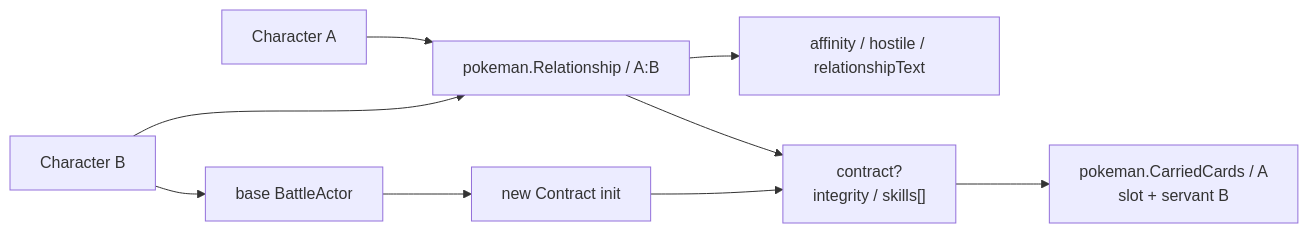
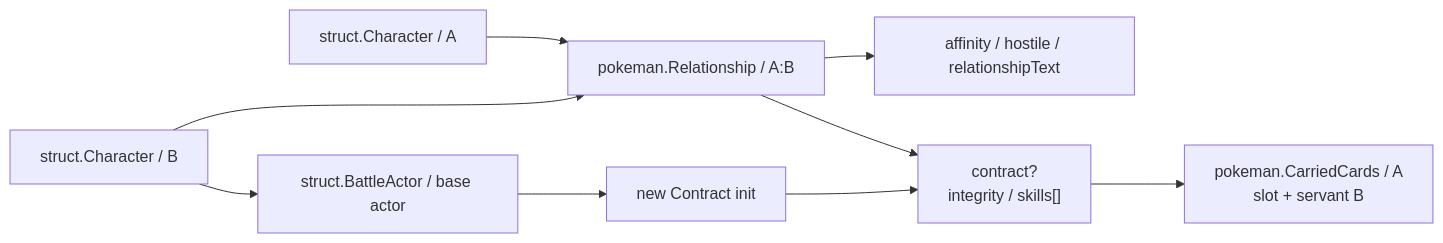
One commit to lithdoo/loom-realm changed the eighth of 11 diagrams in examples/PokeMan/doc/65-data-model-diagram.md. Above: the diagram before and after it, drawn with Mermaid. The commit also changed other lines of this file, not shown here.

Commit message:
docs(PokeMan): sync data model diagram

````diff
--- a/examples/PokeMan/doc/65-data-model-diagram.md
+++ b/examples/PokeMan/doc/65-data-model-diagram.md
@@ -201,11 +221,11 @@
 ```mermaid
 flowchart LR
-  A["Character A"] --> Rel["pokeman.Relationship / A:B"]
-  B["Character B"] --> Rel
+  A["struct.Character / A"] --> Rel["pokeman.Relationship / A:B"]
+  B["struct.Character / B"] --> Rel
   Rel --> Affinity["affinity / hostile / relationshipText"]
   Rel --> Contract["contract?\nintegrity / skills[]"]
   Contract --> Carried["pokeman.CarriedCards / A\nslot + servant B"]
-  B --> BaseActor["base BattleActor"]
+  B --> BaseActor["struct.BattleActor / base actor"]
   BaseActor --> ContractInit["new Contract init"]
   ContractInit --> Contract
 ```
````
